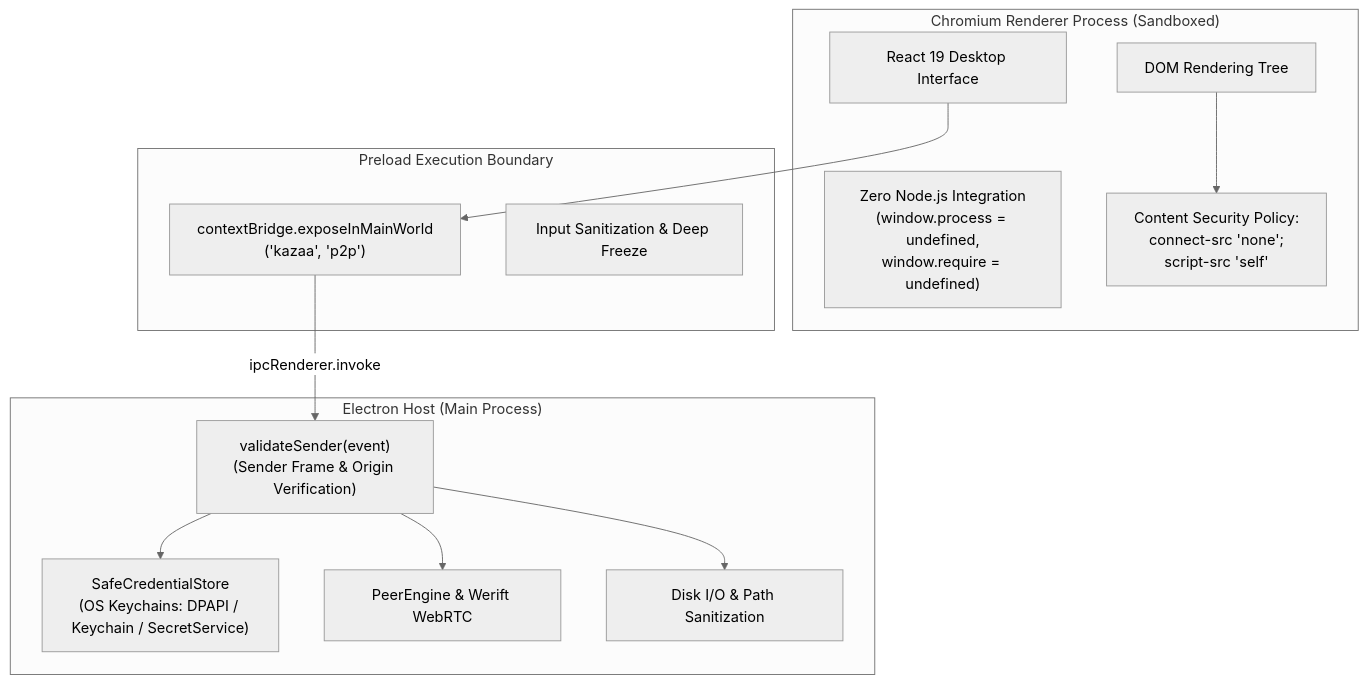
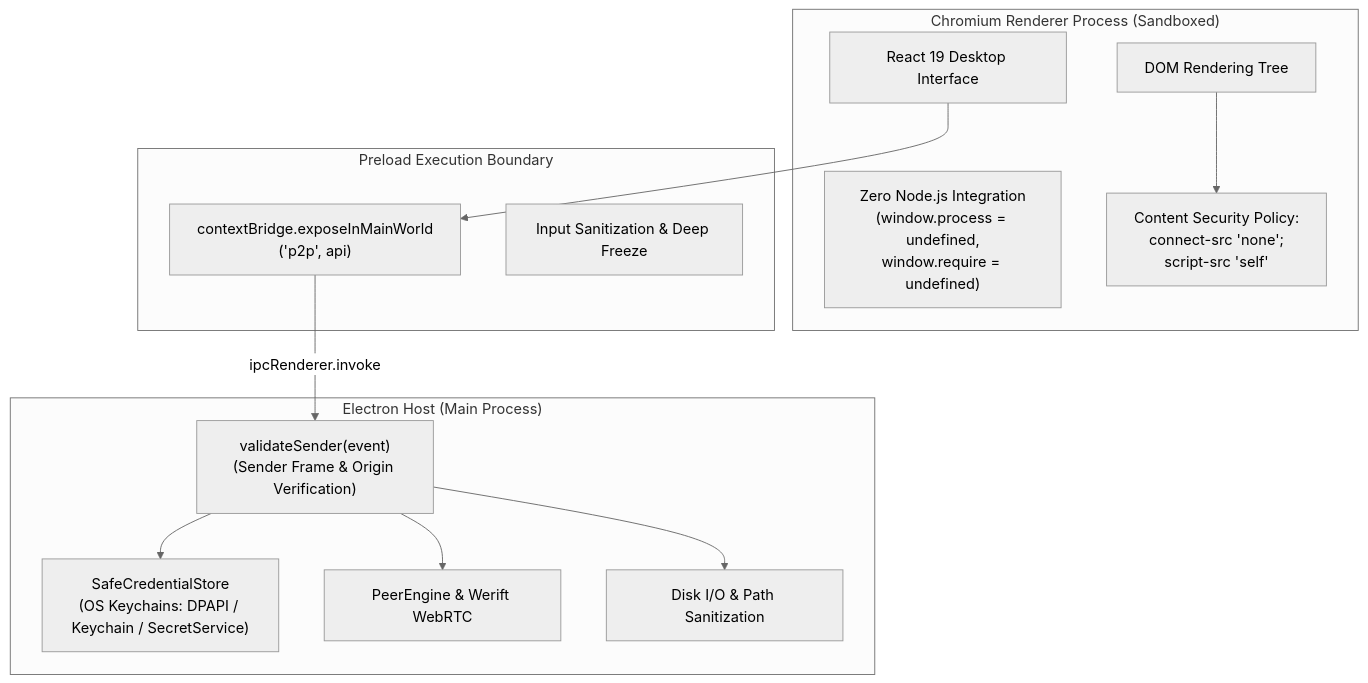
Before and after one commit to Megumi2910/p2p-multiple-groups: the diagram in docs/theory/06-security-and-threat-model.md, drawn with Mermaid (neutral theme). The commit also changed other lines of this file and 45 other files, not shown here.

````diff
--- a/docs/theory/06-security-and-threat-model.md
+++ b/docs/theory/06-security-and-threat-model.md
@@ -60,28 +60,28 @@
 ```mermaid
 flowchart TD
     subgraph ChromiumSandbox["Chromium Renderer Process (Sandboxed)"]
         UI["React 19 Desktop Interface"]
         DOM["DOM Rendering Tree"]
         NO_NODE["Zero Node.js Integration\n(window.process = undefined,\nwindow.require = undefined)"]
         CSP["Content Security Policy:\nconnect-src 'none';\nscript-src 'self'"]
     end
 
     subgraph PreloadBoundary["Preload Execution Boundary"]
-        BRIDGE["contextBridge.exposeInMainWorld\n('kazaa', 'p2p')"]
+        BRIDGE["contextBridge.exposeInMainWorld\n('p2p', api)"]
         SAN_INPUT["Input Sanitization & Deep Freeze"]
     end
 
     subgraph HostMain["Electron Host (Main Process)"]
         IPC_VAL["validateSender(event)\n(Sender Frame & Origin Verification)"]
         STORE["SafeCredentialStore\n(OS Keychains: DPAPI / Keychain / SecretService)"]
         ENGINE["PeerEngine & Werift WebRTC"]
         FS_IO["Disk I/O & Path Sanitization"]
     end
 
     DOM --> CSP
     UI --> BRIDGE
     BRIDGE -->|ipcRenderer.invoke| IPC_VAL
     IPC_VAL --> ENGINE
     IPC_VAL --> STORE
     IPC_VAL --> FS_IO
 ```
````
